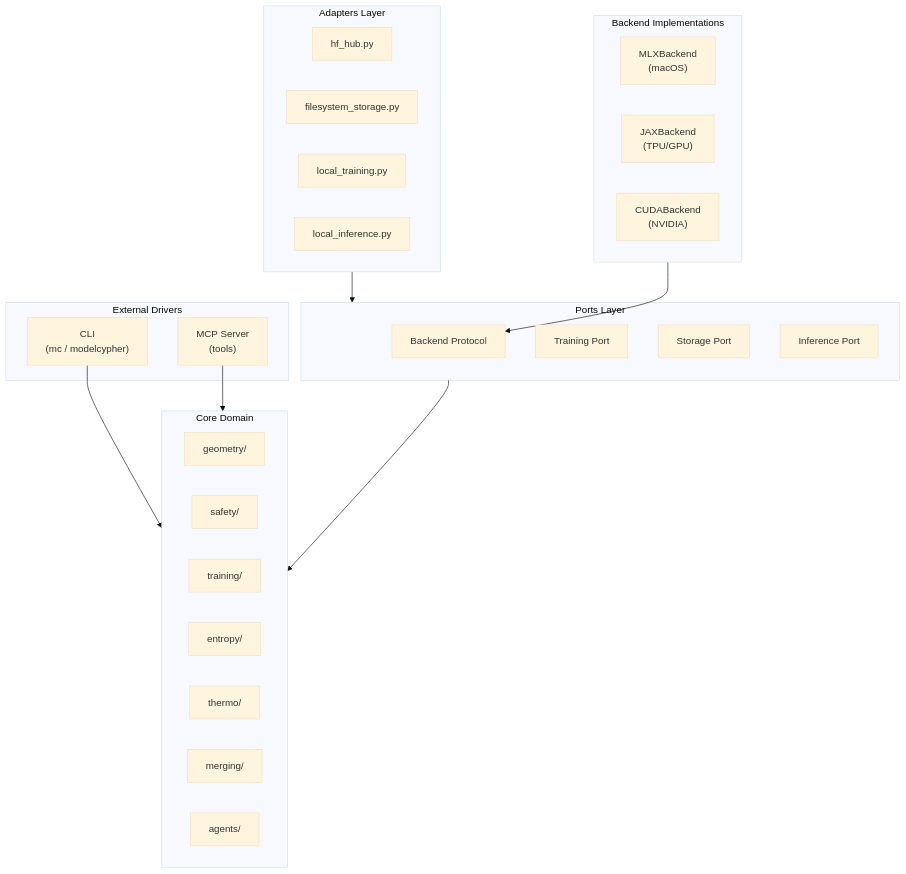
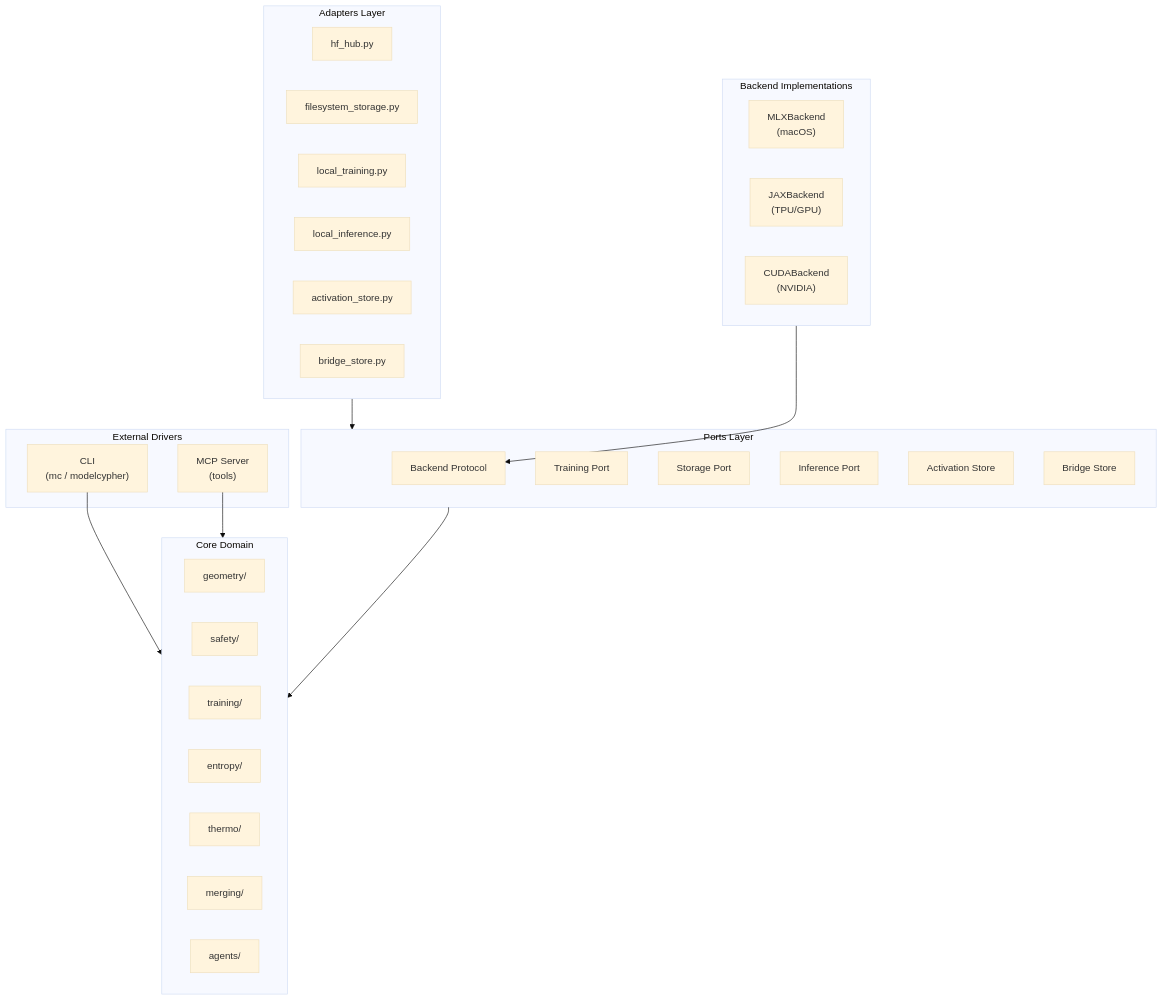
One commit to Ethyros-AI/ModelCypher changed the first of 4 diagrams in docs/ARCHITECTURE.md. Above: the diagram before and after it, drawn with Mermaid (base theme). The commit also changed other lines of this file and 12 other files, not shown here.

````diff
--- a/docs/ARCHITECTURE.md
+++ b/docs/ARCHITECTURE.md
@@ -11,43 +11,47 @@
 ```mermaid
 flowchart TB
     subgraph EXTERNAL["External Drivers"]
         CLI["CLI<br/>(mc / modelcypher)"]
         MCP["MCP Server<br/>(tools)"]
     end
 
     subgraph ADAPTERS["Adapters Layer"]
         HF["hf_hub.py"]
         FS["filesystem_storage.py"]
         LT["local_training.py"]
         LI["local_inference.py"]
+        AS["activation_store.py"]
+        BR["bridge_store.py"]
     end
 
     subgraph PORTS["Ports Layer"]
         BE["Backend Protocol"]
         TR["Training Port"]
         ST["Storage Port"]
         INF["Inference Port"]
+        ACT["Activation Store"]
+        BRS["Bridge Store"]
     end
 
     subgraph DOMAIN["Core Domain"]
         GEO["geometry/"]
         SAFE["safety/"]
         TRAIN["training/"]
         ENT["entropy/"]
         THERM["thermo/"]
         MERGE["merging/"]
         AGT["agents/"]
     end
 
     subgraph BACKENDS["Backend Implementations"]
         MLX["MLXBackend<br/>(macOS)"]
         JAX["JAXBackend<br/>(TPU/GPU)"]
         CUDA["CUDABackend<br/>(NVIDIA)"]
     end
 
     CLI --> DOMAIN
     MCP --> DOMAIN
     ADAPTERS --> PORTS
     PORTS --> DOMAIN
     BACKENDS --> BE
 ```
````
